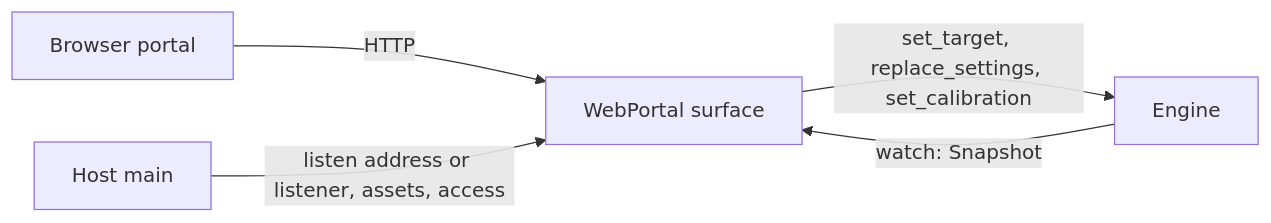
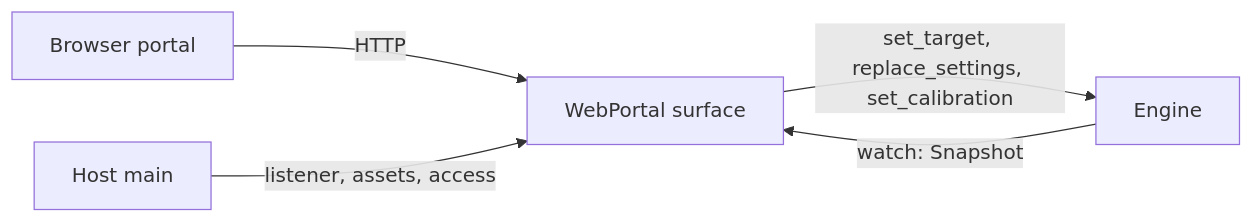
The diagram in v1/surfaces/web-portal/HTTP-CONTRACT.md (ericschaal/prysm), drawn with Mermaid before and after one commit. The commit also changed other lines of this file and 33 other files, not shown here.

````diff
--- a/v1/surfaces/web-portal/HTTP-CONTRACT.md
+++ b/v1/surfaces/web-portal/HTTP-CONTRACT.md
@@ -10,7 +10,7 @@
 ```mermaid
 flowchart LR
     Browser[Browser portal] -->|HTTP| Portal[WebPortal surface]
     Portal -->|set_target, replace_settings, set_calibration| Engine
     Engine -->|watch: Snapshot| Portal
-    Host[Host main] -->|listen address or listener, assets, access| Portal
+    Host[Host main] -->|listener, assets, access| Portal
 ```
````
